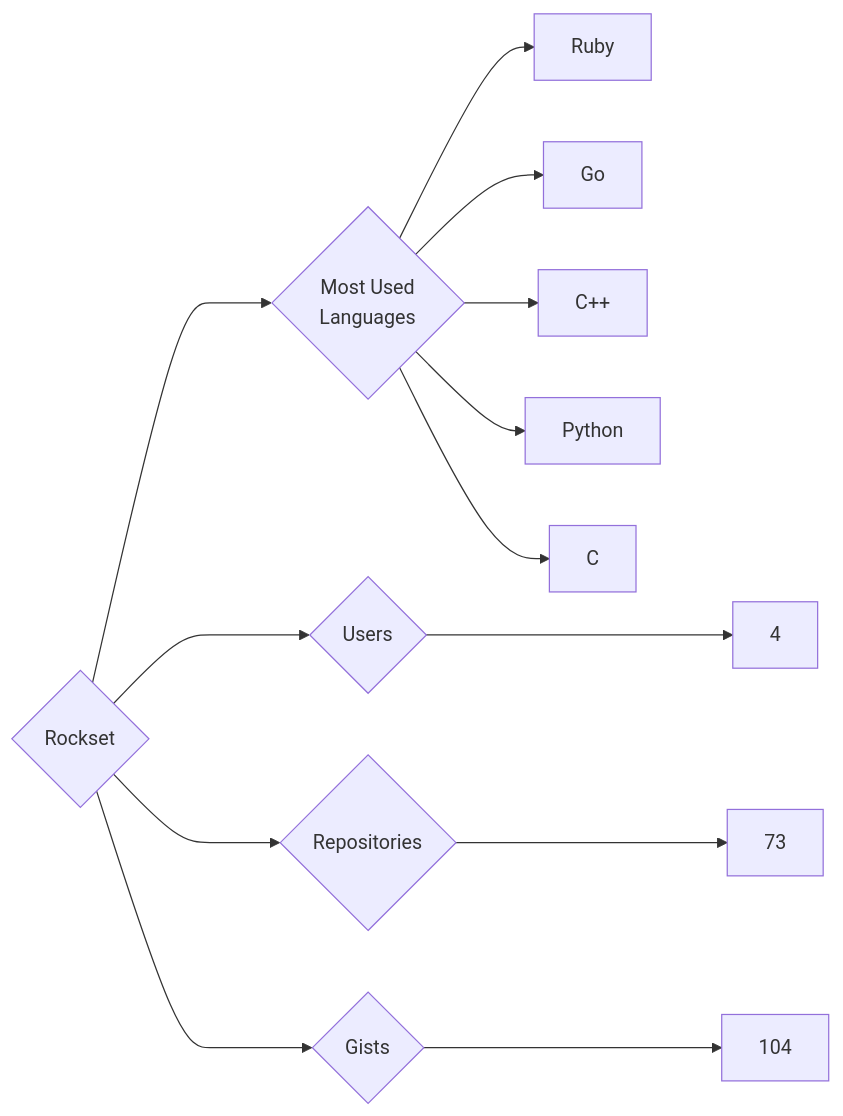
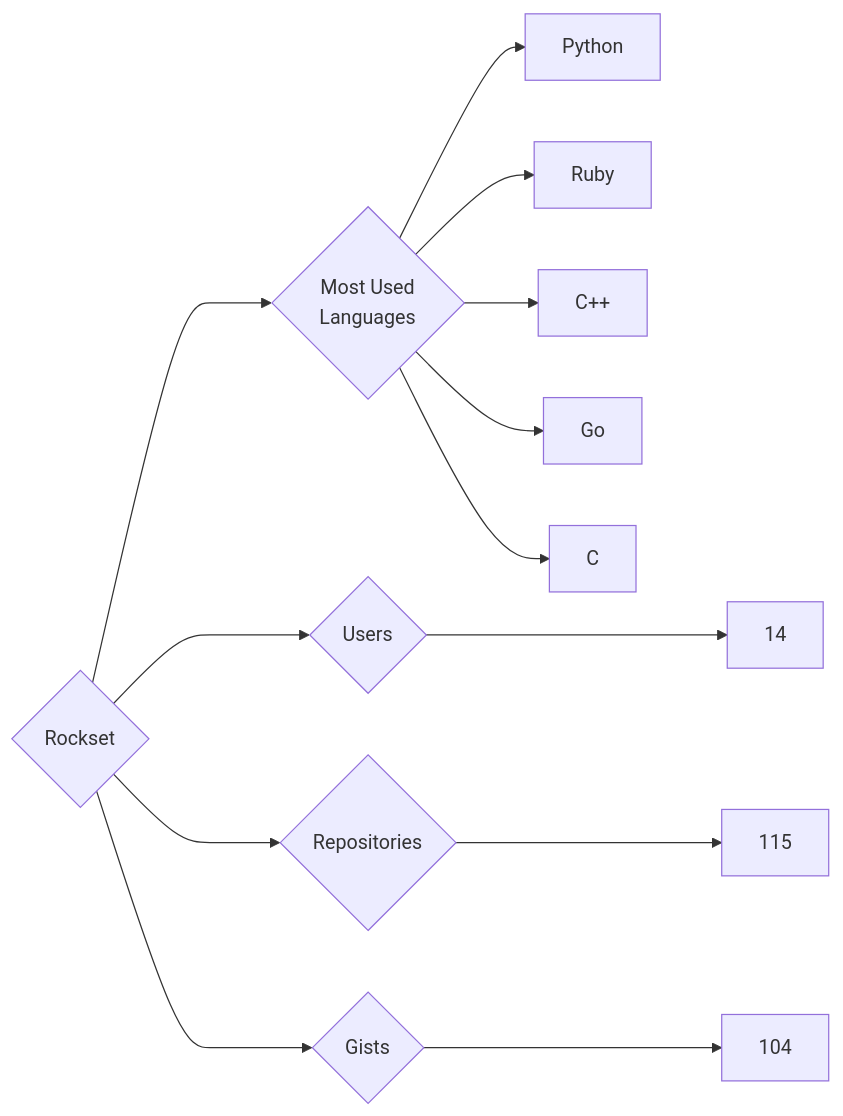
Before and after one commit to trickest/insiders: the diagram in targets/Rockset/README.md, drawn with Mermaid. The commit also changed 1389 other files, not shown here.

````diff
--- a/targets/Rockset/README.md
+++ b/targets/Rockset/README.md
@@ -3,13 +3,13 @@
 ```mermaid
 graph LR
 COMPANY_NAME{Rockset}
-COMPANY_NAME ---> U{Users} ---> UN[4]
-COMPANY_NAME ---> R{Repositories} ---> RN[73]
+COMPANY_NAME ---> U{Users} ---> UN[14]
+COMPANY_NAME ---> R{Repositories} ---> RN[115]
 COMPANY_NAME ---> G{Gists} ---> GN[104]
 COMPANY_NAME ---> ML{Most Used<br>Languages}
+ML --> Python[Python]
 ML --> Ruby[Ruby]
+ML --> C++[C++]
 ML --> Go[Go]
-ML --> C++[C++]
-ML --> Python[Python]
 ML --> C[C]
 ```
````
